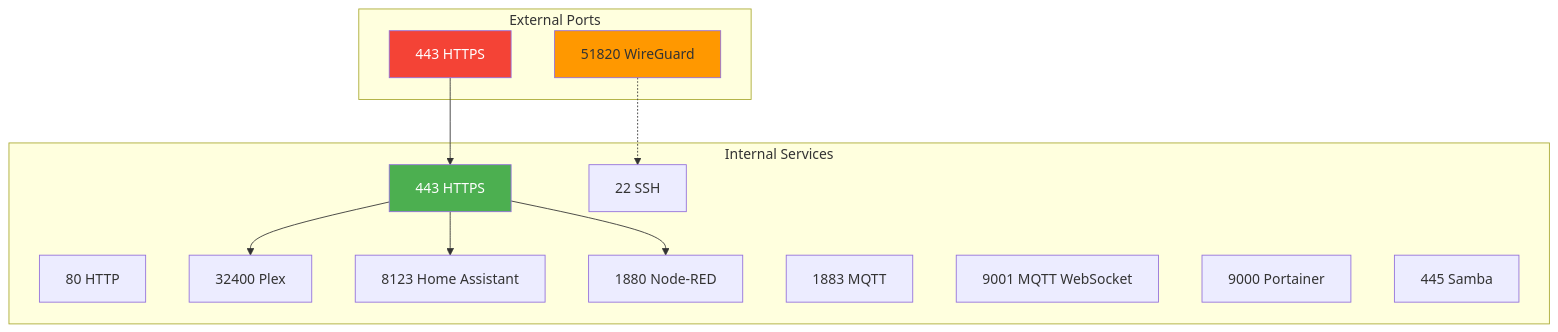
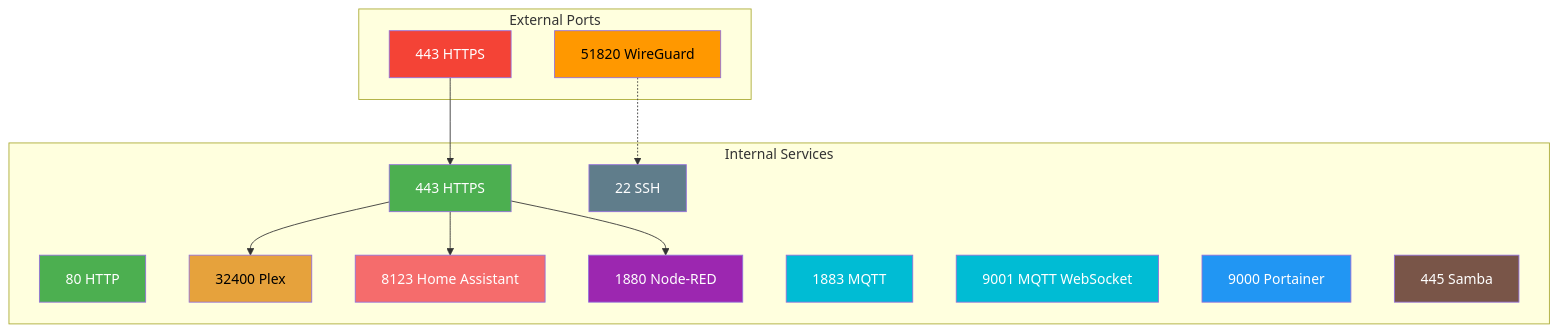
One commit to nicolassnider/home_media_automation changed the third of 8 diagrams in diagrams/quick-reference.md. Above: the diagram before and after it, drawn with Mermaid. The commit also changed other lines of this file and 19 other files, not shown here.

````diff
--- a/diagrams/quick-reference.md
+++ b/diagrams/quick-reference.md
@@ -104,31 +130,44 @@
 ```mermaid
 graph TB
     subgraph "External Ports"
         EXT_443[443 HTTPS]
         EXT_VPN[51820 WireGuard]
     end
+
 
     subgraph "Internal Services"
         NGINX_80[80 HTTP]
         NGINX_443[443 HTTPS]
         PLEX_32400[32400 Plex]
         HA_8123[8123 Home Assistant]
         NR_1880[1880 Node-RED]
         MQTT_1883[1883 MQTT]
         MQTT_9001[9001 MQTT WebSocket]
         PORT_9000[9000 Portainer]
         SAMBA_445[445 Samba]
         SSH_22[22 SSH]
     end
 
+
     EXT_443 --> NGINX_443
     EXT_VPN -.-> SSH_22
+
 
     NGINX_443 --> PLEX_32400
     NGINX_443 --> HA_8123
     NGINX_443 --> NR_1880
 
+
     style EXT_443 fill:#f44336,color:#fff
-    style EXT_VPN fill:#ff9800
+    style EXT_VPN fill:#ff9800,color:#000
     style NGINX_443 fill:#4caf50,color:#fff
+    style NGINX_80 fill:#4caf50,color:#fff
+    style PLEX_32400 fill:#e6a23c,color:#000
+    style HA_8123 fill:#f56c6c,color:#fff
+    style NR_1880 fill:#9c27b0,color:#fff
+    style MQTT_1883 fill:#00bcd4,color:#fff
+    style MQTT_9001 fill:#00bcd4,color:#fff
+    style PORT_9000 fill:#2196f3,color:#fff
+    style SAMBA_445 fill:#795548,color:#fff
+    style SSH_22 fill:#607d8b,color:#fff
 ```
````
